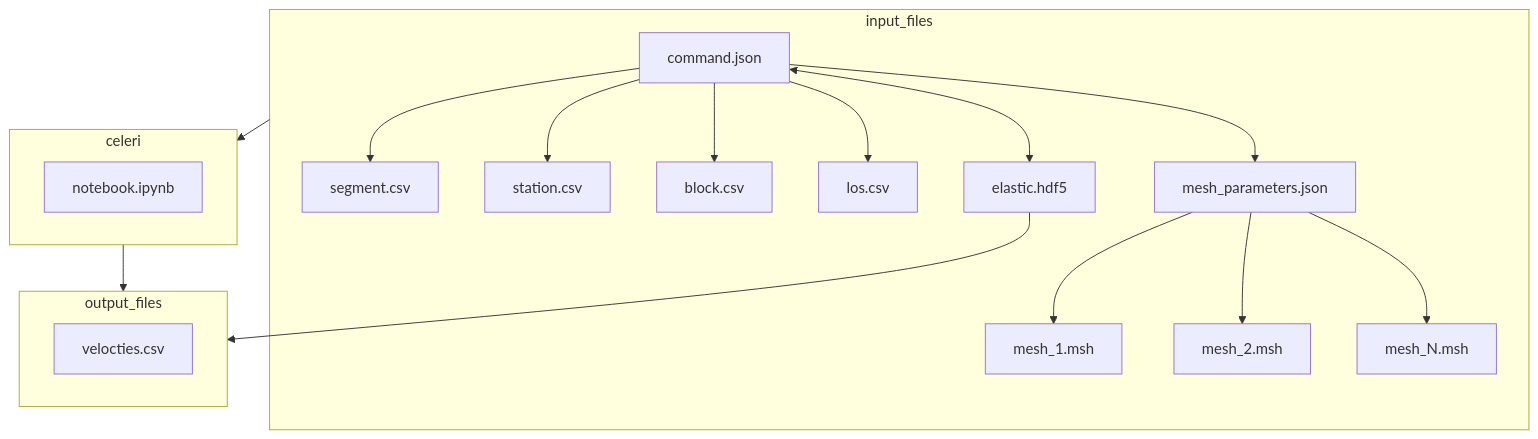
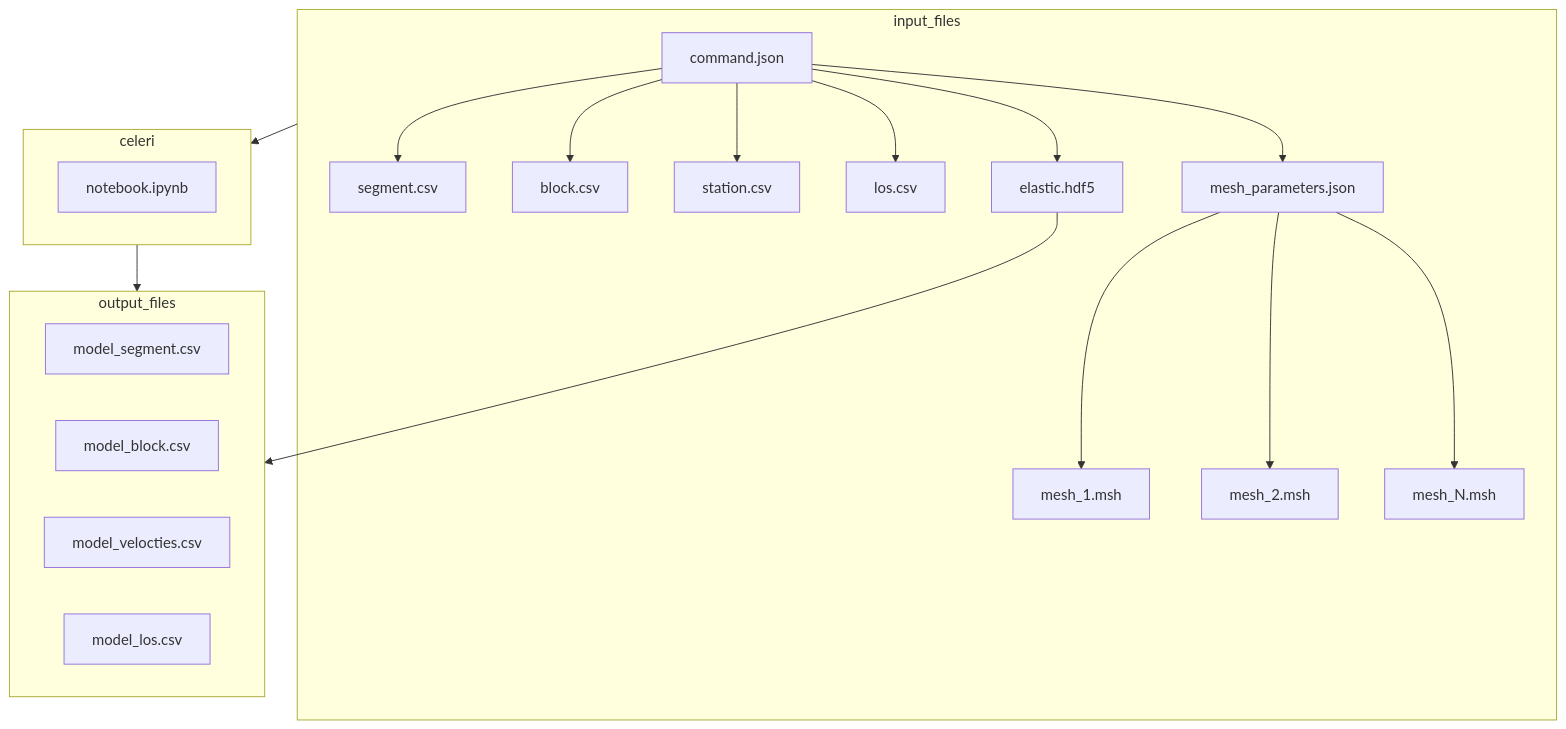
One commit to brendanjmeade/celeri changed the second of 2 diagrams in README.md. Above: the diagram before and after it, drawn with Mermaid.

Commit message:
Adding more output files

````diff
--- a/README.md
+++ b/README.md
@@ -40,23 +40,26 @@
 ```mermaid
 flowchart TD
     subgraph input_files
     command.json-->segment.csv
+    command.json-->block.csv
     command.json-->station.csv
-    command.json-->block.csv
     command.json-->los.csv
     command.json-->mesh_parameters.json
     mesh_parameters.json-->mesh_1.msh
     mesh_parameters.json-->mesh_2.msh
     mesh_parameters.json-->mesh_N.msh
-    command.json<-->elastic.hdf5
+    command.json-->elastic.hdf5
     end
     subgraph celeri
     notebook.ipynb
     end
     subgraph output_files
-    velocties.csv
+    model_segment.csv
+    model_block.csv
+    model_velocties.csv
+    model_los.csv
     end
     elastic.hdf5 --> output_files
     input_files --> celeri
     celeri --> output_files
 ```
````
